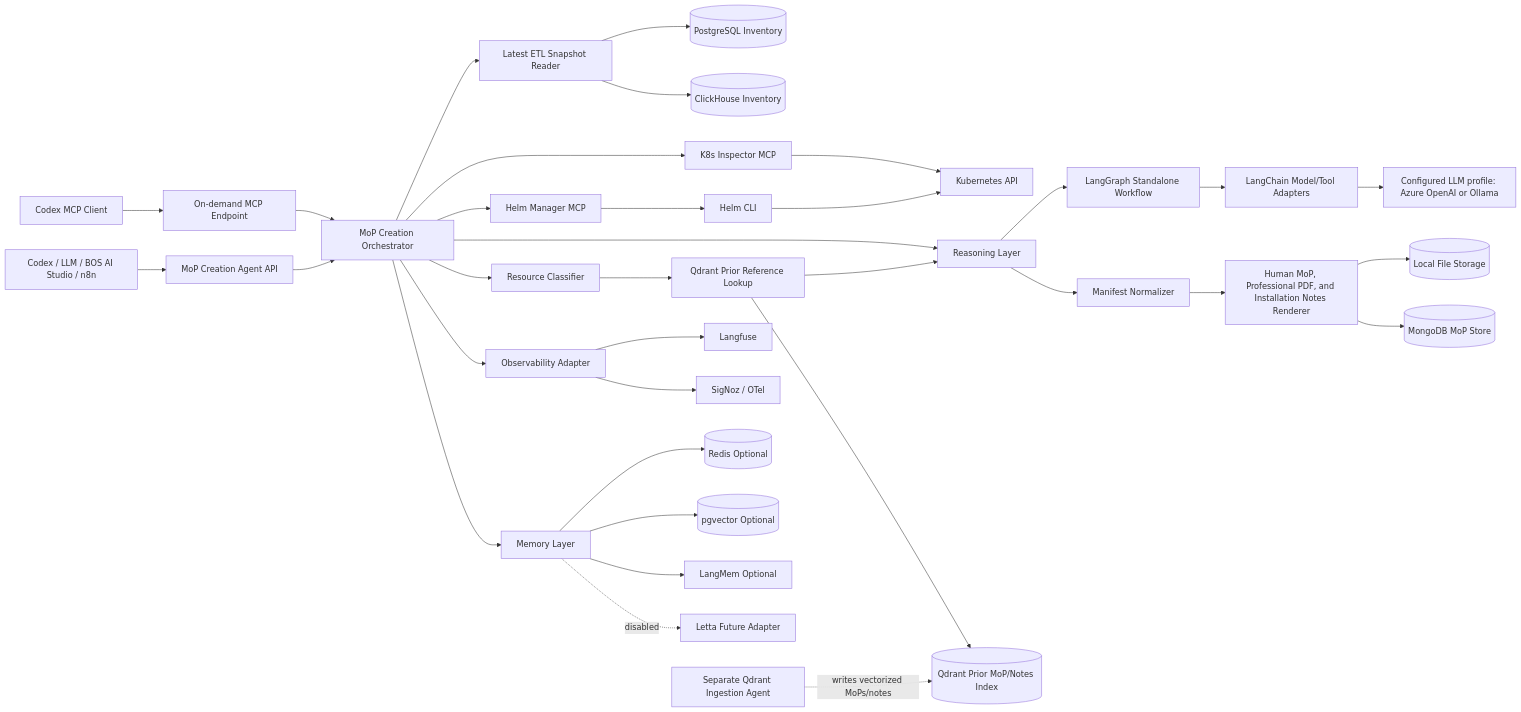
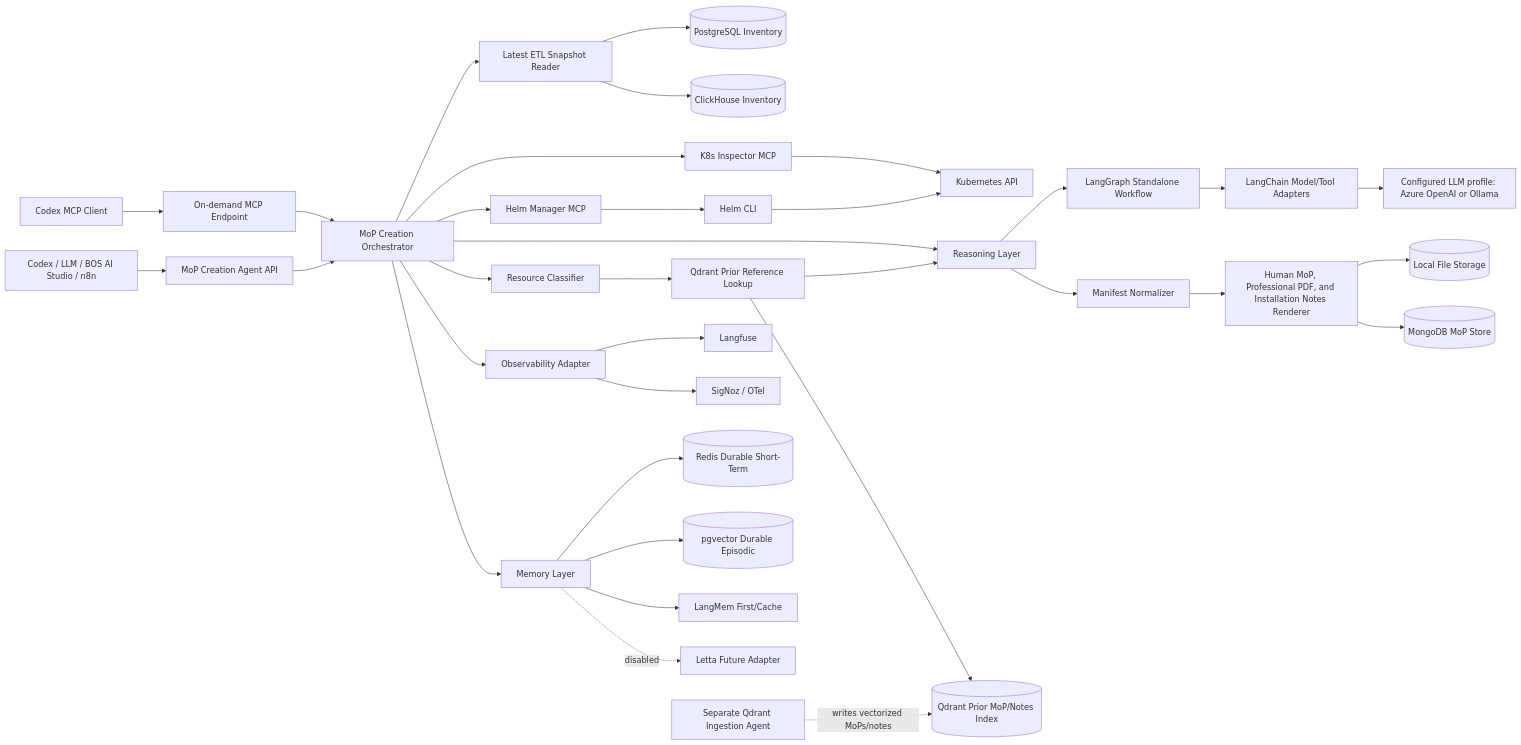
One commit to aveeshek/bosgenesis-mop-creation-agent changed the first of 5 diagrams in docs/02_HLD_MOP_CREATION_AGENT.md. Above: the diagram before and after it, drawn with Mermaid. The commit also changed other lines of this file and 38 other files, not shown here.

````diff
--- a/docs/02_HLD_MOP_CREATION_AGENT.md
+++ b/docs/02_HLD_MOP_CREATION_AGENT.md
@@ -19,42 +19,42 @@
 ```mermaid
 flowchart LR
     Caller["Codex / LLM / BOS AI Studio / n8n"] --> API["MoP Creation Agent API"]
     Codex["Codex MCP Client"] --> MCP["On-demand MCP Endpoint"]
     MCP --> Orchestrator["MoP Creation Orchestrator"]
     API --> Orchestrator
 
     Orchestrator --> Snapshot["Latest ETL Snapshot Reader"]
     Snapshot --> PG[("PostgreSQL Inventory")]
     Snapshot --> CH[("ClickHouse Inventory")]
 
     Orchestrator --> K8S["K8s Inspector MCP"]
     Orchestrator --> HELM["Helm Manager MCP"]
     K8S --> KAPI["Kubernetes API"]
     HELM --> HCLI["Helm CLI"]
     HCLI --> KAPI
 
     Orchestrator --> Classifier["Resource Classifier"]
     Orchestrator --> Reasoning["Reasoning Layer"]
     Reasoning --> LangGraph["LangGraph Standalone Workflow"]
     LangGraph --> LangChain["LangChain Model/Tool Adapters"]
     LangChain --> LLM["Configured LLM profile: Azure OpenAI or Ollama"]
     Classifier --> Retrieval["Qdrant Prior Reference Lookup"]
     Retrieval --> Qdrant[("Qdrant Prior MoP/Notes Index")]
     Ingestion["Separate Qdrant Ingestion Agent"] -. "writes vectorized MoPs/notes" .-> Qdrant
     Retrieval --> Reasoning
     Reasoning --> Normalizer["Manifest Normalizer"]
     Normalizer --> Renderer["Human MoP, Professional PDF, and Installation Notes Renderer"]
 
     Renderer --> Local[("Local File Storage")]
     Renderer --> Mongo[("MongoDB MoP Store")]
 
     Orchestrator --> Obs["Observability Adapter"]
     Obs --> Langfuse["Langfuse"]
     Obs --> SigNoz["SigNoz / OTel"]
 
     Orchestrator --> Memory["Memory Layer"]
-    Memory --> Redis[("Redis Optional")]
-    Memory --> PGV[("pgvector Optional")]
-    Memory --> LangMem["LangMem Optional"]
+    Memory --> Redis[("Redis Durable Short-Term")]
+    Memory --> PGV[("pgvector Durable Episodic")]
+    Memory --> LangMem["LangMem First/Cache"]
     Memory -. "disabled" .-> Letta["Letta Future Adapter"]
 ```
````
